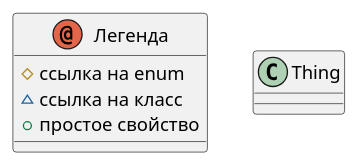
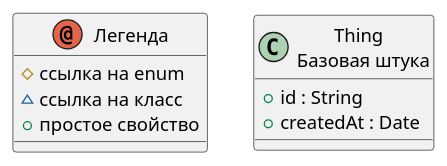
Before and after one commit to simplepersonru/SimpleOntoDoc: the diagram in Example2/output/entities/Thing.md, drawn with PlantUML. The commit also changed other lines of this file and 13 other files, not shown here.

````diff
--- a/Example2/output/entities/Thing.md
+++ b/Example2/output/entities/Thing.md
@@ -19,13 +24,15 @@
 ```plantuml
 @startuml
 skinparam groupInheritance 6
 set separator none
 annotation "Легенда" {
   #ссылка на enum
   ~ссылка на класс
   +простое свойство
 }
-class "Thing" as demo.Thing  
+class "Thing \n Базовая штука" as demo.Thing  
+demo.Thing : +id : String
+demo.Thing : +createdAt : Date
 
 @enduml
 ```
````
